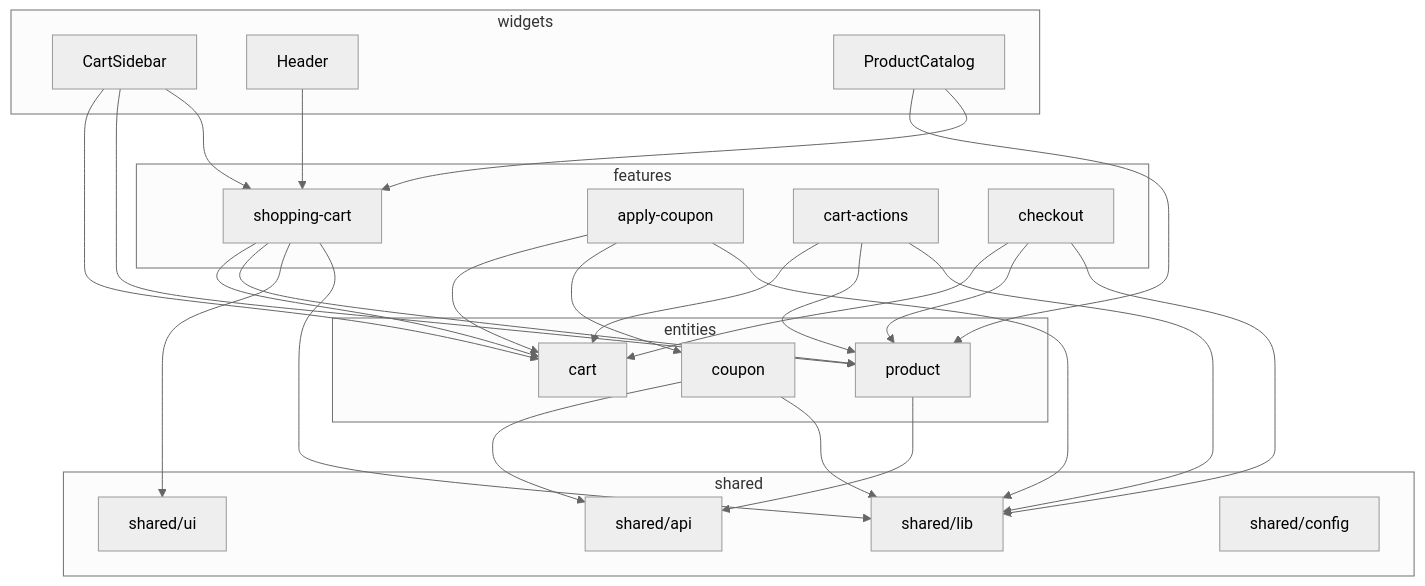
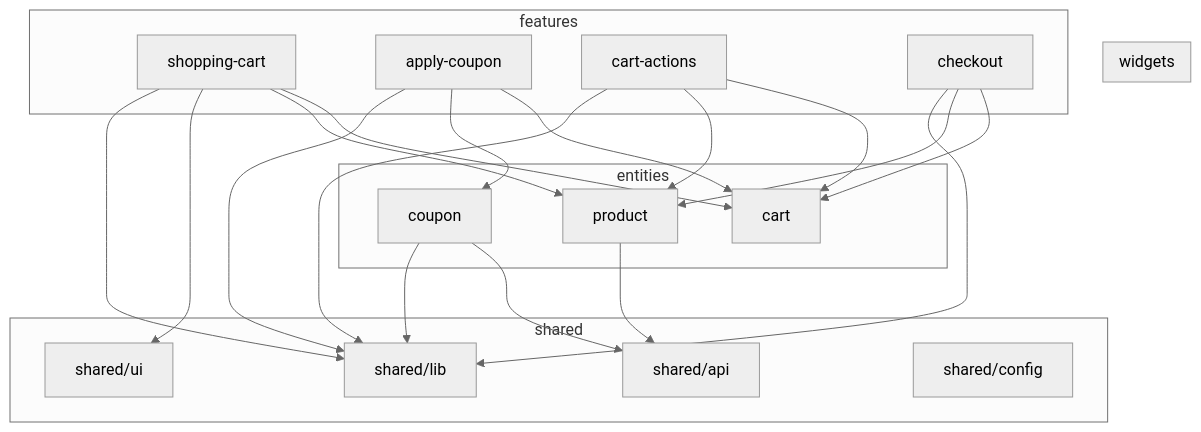
The second of 2 diagrams in ARCHITECTURE.md (PavelPetrovich87/fsd-shopping-cart), drawn with Mermaid (neutral theme) before and after one commit.

Commit message:
fix: remove stale widgets from architecture graph

````diff
--- a/ARCHITECTURE.md
+++ b/ARCHITECTURE.md
@@ -99,51 +99,42 @@
 ```mermaid
 graph TD
     subgraph widgets
-        CartSidebar
-        Header
-        ProductCatalog
     end
 
     subgraph features
         shopping-cart
         apply-coupon
         cart-actions
         checkout
     end
 
     subgraph entities
         product
         cart
         coupon
     end
 
     subgraph shared
         shared/ui
         shared/lib
         shared/api
         shared/config
     end
 
-    CartSidebar --> cart
-    CartSidebar --> product
-    CartSidebar --> shopping-cart
-    Header --> shopping-cart
-    ProductCatalog --> product
-    ProductCatalog --> shopping-cart
     shopping-cart --> cart
     shopping-cart --> product
     shopping-cart --> shared/ui
     shopping-cart --> shared/lib
     apply-coupon --> cart
     apply-coupon --> coupon
     apply-coupon --> shared/lib
     cart-actions --> cart
     cart-actions --> product
     cart-actions --> shared/lib
     checkout --> cart
     checkout --> product
     checkout --> shared/lib
     product --> shared/api
     coupon --> shared/api
     coupon --> shared/lib
 ```
````
